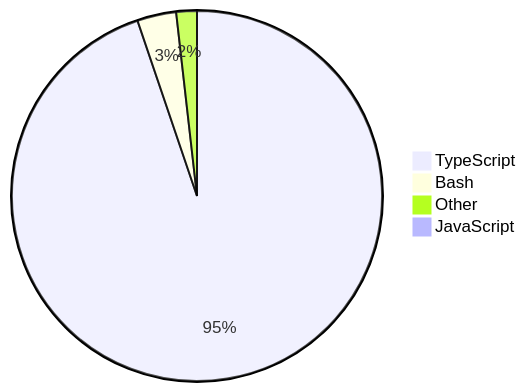
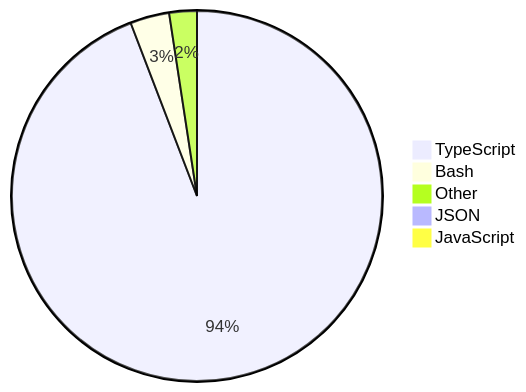
The diagram in README.md (skvggor/skvggor), drawn with Mermaid before and after one commit.

Commit message:
Updated waka-readme graph with new metrics

````diff
--- a/README.md
+++ b/README.md
@@ -14,7 +14,8 @@
 ```mermaid
 pie
-    "TypeScript" : 94.7
+    "TypeScript" : 93.8
     "Bash" : 3.4
-    "Other" : 1.8
+    "Other" : 2.4
+    "JSON" : 0.3
     "JavaScript" : 0.1
 ```
````
